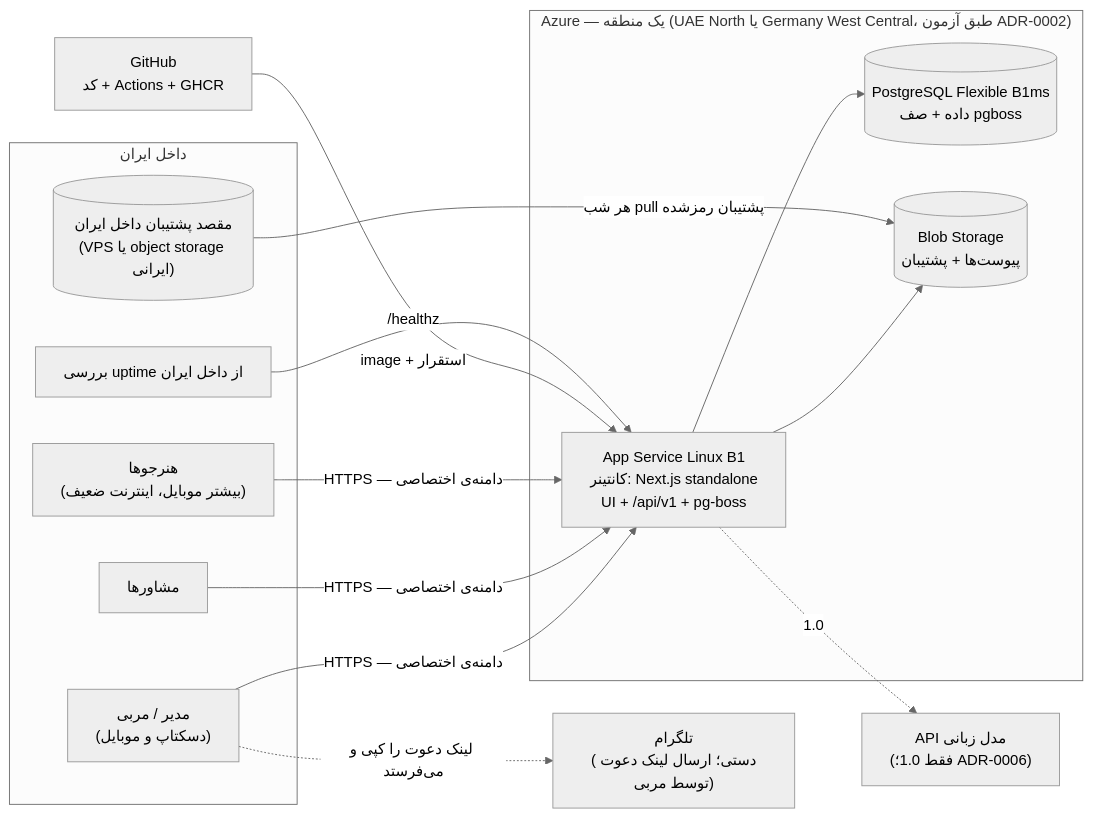
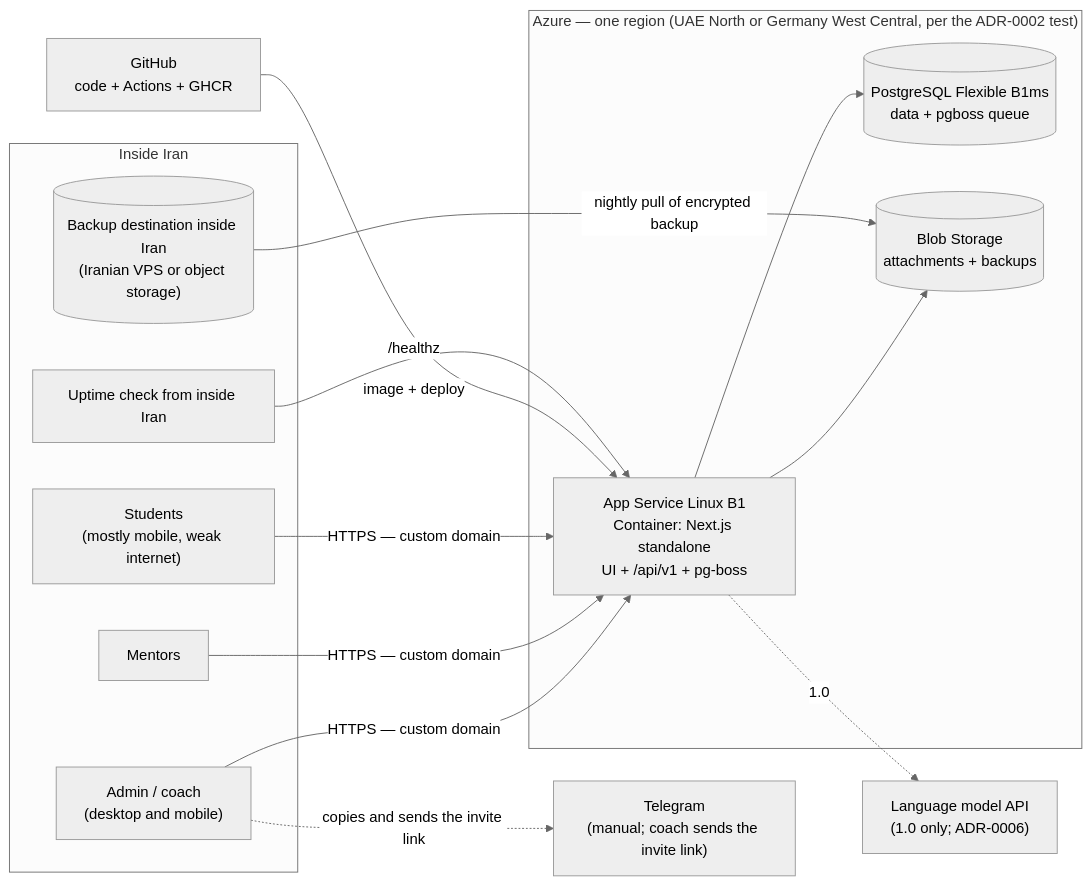
One commit to simorghsorkh/upworkcoach changed the first of 5 diagrams in docs/04-architecture/overview.md. Above: the diagram before and after it, drawn with Mermaid (neutral theme). The commit also changed other lines of this file and 360 other files, not shown here.

````diff
--- a/docs/04-architecture/overview.md
+++ b/docs/04-architecture/overview.md
@@ -22,29 +22,29 @@
 ```mermaid
 flowchart LR
-    subgraph IR["داخل ایران"]
-        U1["مدیر / مربی<br/>(دسکتاپ و موبایل)"]
-        U2["مشاورها"]
-        U3["هنرجوها<br/>(بیشتر موبایل، اینترنت ضعیف)"]
-        BK[("مقصد پشتیبان داخل ایران<br/>(VPS یا object storage ایرانی)")]
-        MON["بررسی uptime از داخل ایران"]
+    subgraph IR["Inside Iran"]
+        U1["Admin / coach<br/>(desktop and mobile)"]
+        U2["Mentors"]
+        U3["Students<br/>(mostly mobile, weak internet)"]
+        BK[("Backup destination inside Iran<br/>(Iranian VPS or object storage)")]
+        MON["Uptime check from inside Iran"]
     end
 
-    subgraph AZ["Azure — یک منطقه (UAE North یا Germany West Central، طبق آزمون ADR-0002)"]
-        APP["App Service Linux B1<br/>کانتینر: Next.js standalone<br/>UI + /api/v1 + pg-boss"]
-        DB[("PostgreSQL Flexible B1ms<br/>داده + صف pgboss")]
-        BLOB[("Blob Storage<br/>پیوست‌ها + پشتیبان")]
+    subgraph AZ["Azure — one region (UAE North or Germany West Central, per the ADR-0002 test)"]
+        APP["App Service Linux B1<br/>Container: Next.js standalone<br/>UI + /api/v1 + pg-boss"]
+        DB[("PostgreSQL Flexible B1ms<br/>data + pgboss queue")]
+        BLOB[("Blob Storage<br/>attachments + backups")]
     end
 
-    GH["GitHub<br/>کد + Actions + GHCR"]
-    TG["تلگرام<br/>(دستی؛ ارسال لینک دعوت توسط مربی)"]
-    LLM["API مدل زبانی<br/>(فقط 1.0؛ ADR-0006)"]
+    GH["GitHub<br/>code + Actions + GHCR"]
+    TG["Telegram<br/>(manual; coach sends the invite link)"]
+    LLM["Language model API<br/>(1.0 only; ADR-0006)"]
 
-    U1 & U2 & U3 -- "HTTPS — دامنه‌ی اختصاصی" --> APP
+    U1 & U2 & U3 -- "HTTPS — custom domain" --> APP
     APP --> DB
     APP --> BLOB
-    GH -- "image + استقرار" --> APP
-    U1 -. "لینک دعوت را کپی و می‌فرستد" .-> TG
-    BK -- "هر شب pull پشتیبان رمزشده" --> BLOB
+    GH -- "image + deploy" --> APP
+    U1 -. "copies and sends the invite link" .-> TG
+    BK -- "nightly pull of encrypted backup" --> BLOB
     MON -- "/healthz" --> APP
     APP -. "1.0" .-> LLM
 ```
````
